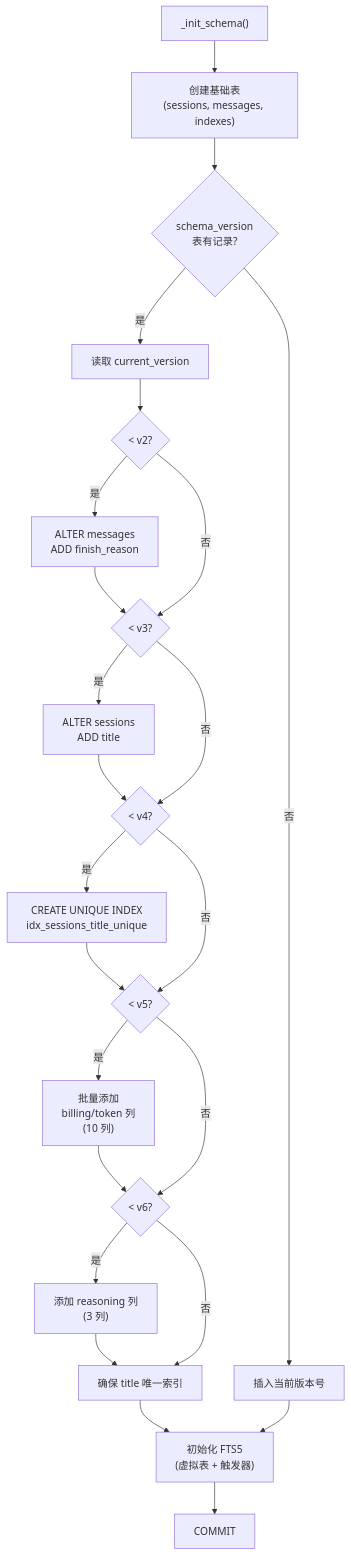
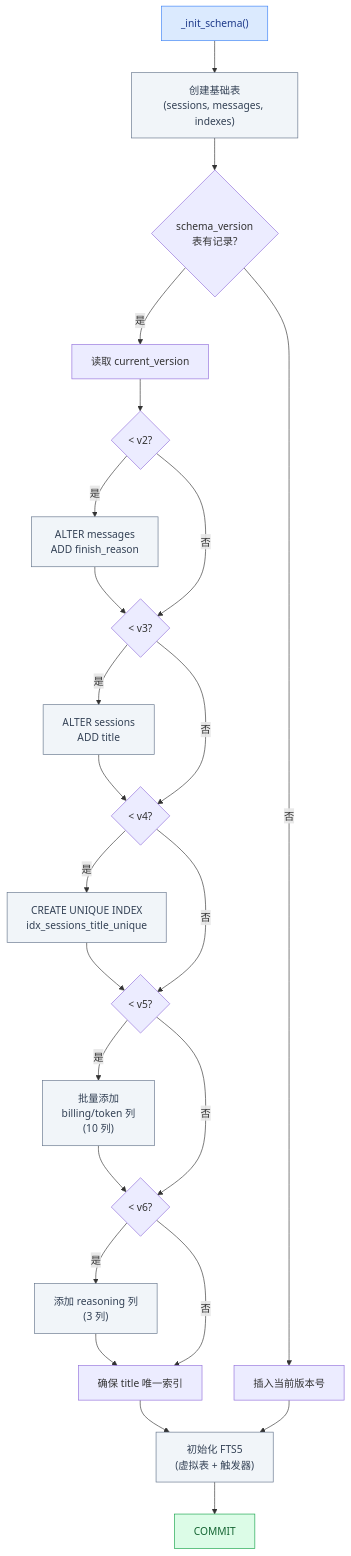
Before and after one commit to pty819/hermes-docs: the fourth of 4 diagrams in chapters/session-state.rst, drawn with Mermaid. The commit also changed other lines of this file and 27 other files, not shown here.

```diff
--- a/chapters/session-state.rst
+++ b/chapters/session-state.rst
@@ -1047,26 +1066,39 @@
 .. mermaid::
+   :name: fig-schema-migration
+   :caption: Schema 迁移流程图 (v1-v6)
 
    flowchart TD
        A["_init_schema()"] --> B["创建基础表<br/>(sessions, messages, indexes)"]
        B --> C{"schema_version<br/>表有记录?"}
        C -- 否 --> D["插入当前版本号"]
        C -- 是 --> E["读取 current_version"]
        E --> F{"< v2?"}
        F -- 是 --> G["ALTER messages<br/>ADD finish_reason"]
        G --> H
        F -- 否 --> H{"< v3?"}
        H -- 是 --> I["ALTER sessions<br/>ADD title"]
        I --> J
        H -- 否 --> J{"< v4?"}
        J -- 是 --> K["CREATE UNIQUE INDEX<br/>idx_sessions_title_unique"]
        K --> L
        J -- 否 --> L{"< v5?"}
        L -- 是 --> M["批量添加<br/>billing/token 列<br/>(10 列)"]
        M --> N
        L -- 否 --> N{"< v6?"}
        N -- 是 --> O["添加 reasoning 列<br/>(3 列)"]
        O --> P
        N -- 否 --> P["确保 title 唯一索引"]
        P --> Q["初始化 FTS5<br/>(虚拟表 + 触发器)"]
        Q --> R["COMMIT"]
        D --> Q
+
+       class A start
+       class R success
+       class G,I,K,M,O info
+       class B,Q info
+
+       classDef start fill:#dbeafe,stroke:#3b82f6,color:#1e3a8a
+       classDef success fill:#dcfce7,stroke:#16a34a,color:#166534
+       classDef warn fill:#fef9c3,stroke:#ca8a04,color:#854d0e
+       classDef fail fill:#fee2e2,stroke:#dc2626,color:#991b1b
+       classDef info fill:#f1f5f9,stroke:#64748b,color:#334155
```
